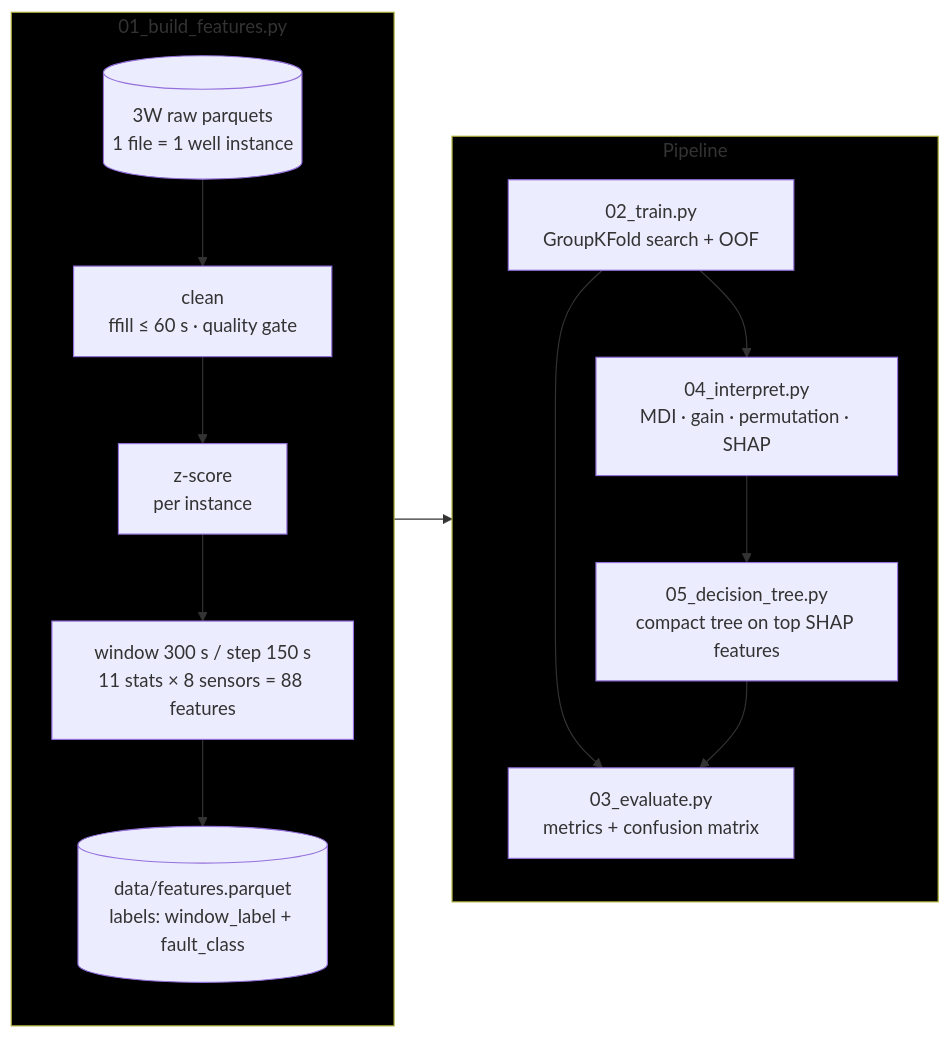
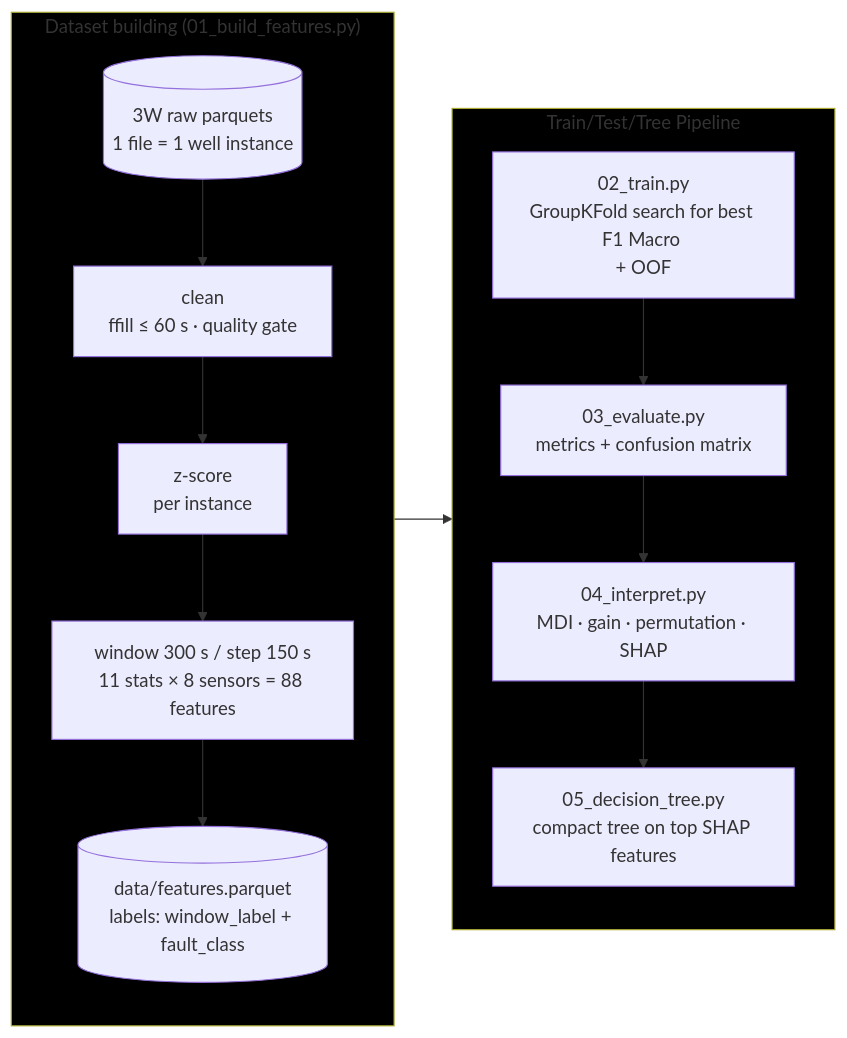
One commit to Thiago-TP/flow-assurance-ml changed the first of 3 diagrams in README.md. Above: the diagram before and after it, drawn with Mermaid. The commit also changed other lines of this file, not shown here.

````diff
--- a/README.md
+++ b/README.md
@@ -9,24 +9,23 @@
 ```mermaid
 flowchart LR
 
-  subgraph S1["01_build_features.py"]
+  subgraph S1["Dataset building (01_build_features.py)"]
     direction TB
     A[("3W raw parquets<br/>1 file = 1 well instance")] --> B["clean<br/>ffill ≤ 60 s · quality gate"]
     B --> C["z-score<br/>per instance"]
     C --> D["window 300 s / step 150 s<br/>11 stats × 8 sensors = 88 features"]
     D --> E[("data/features.parquet<br/>labels: window_label + fault_class")]
   end
 
-  subgraph S2["Pipeline"]
+  subgraph S2["Train/Test/Tree Pipeline"]
     direction TB
-    F["02_train.py<br/>GroupKFold search + OOF"] --> G["03_evaluate.py<br/>metrics + confusion matrix"]
-    F --> H["04_interpret.py<br/>MDI · gain · permutation · SHAP"]
+    F["02_train.py<br/>GroupKFold search for best F1 Macro <br>+ OOF"] --> G["03_evaluate.py<br/>metrics + confusion matrix"]
+    G --> H["04_interpret.py<br/>MDI · gain · permutation · SHAP"]
     H --> I["05_decision_tree.py<br/>compact tree on top SHAP features"]
-    I --> G
   end
 
   S1 --> S2
 
   style S1 fill:#000000
   style S2 fill:#000000
 ```
````
